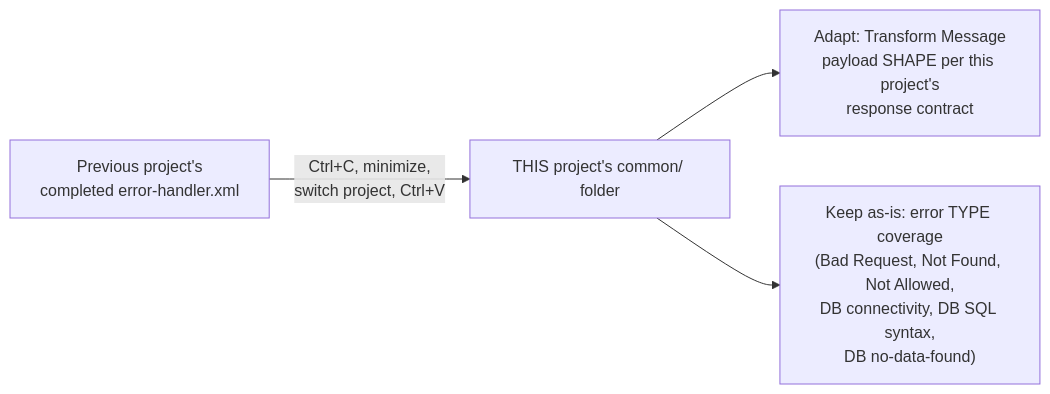
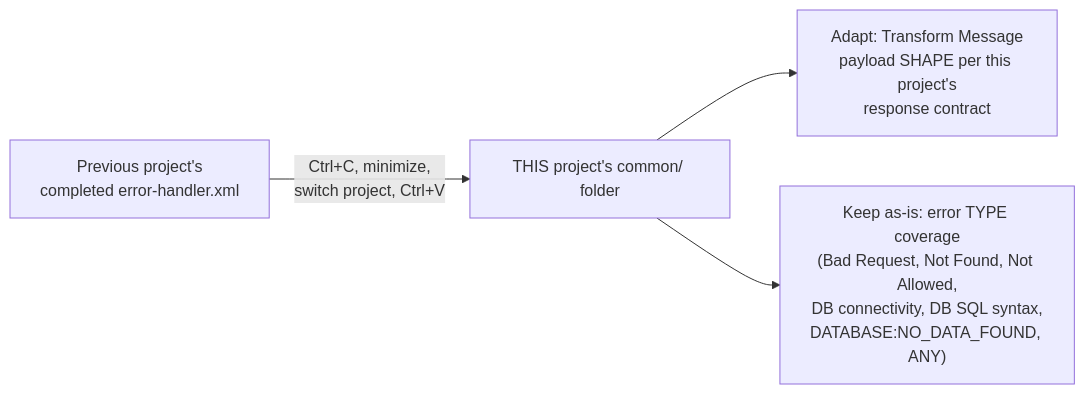
The third of 13 diagrams in detailed-notes/day27.md (developerashok99/green-c-mule-notes), drawn with Mermaid before and after one commit. The commit also changed other lines of this file and 1 other file, not shown here.

````diff
--- a/detailed-notes/day27.md
+++ b/detailed-notes/day27.md
@@ -37,6 +41,6 @@
 ```mermaid
 flowchart LR
     Prev["Previous project's<br/>completed error-handler.xml"] -->|"Ctrl+C, minimize,<br/>switch project, Ctrl+V"| This["THIS project's common/ folder"]
     This --> Adapt["Adapt: Transform Message<br/>payload SHAPE per this project's<br/>response contract"]
-    This --> Keep["Keep as-is: error TYPE coverage<br/>(Bad Request, Not Found, Not Allowed,<br/>DB connectivity, DB SQL syntax,<br/>DB no-data-found)"]
+    This --> Keep["Keep as-is: error TYPE coverage<br/>(Bad Request, Not Found, Not Allowed,<br/>DB connectivity, DB SQL syntax,<br/>DATABASE:NO_DATA_FOUND, ANY)"]
 ```
````
